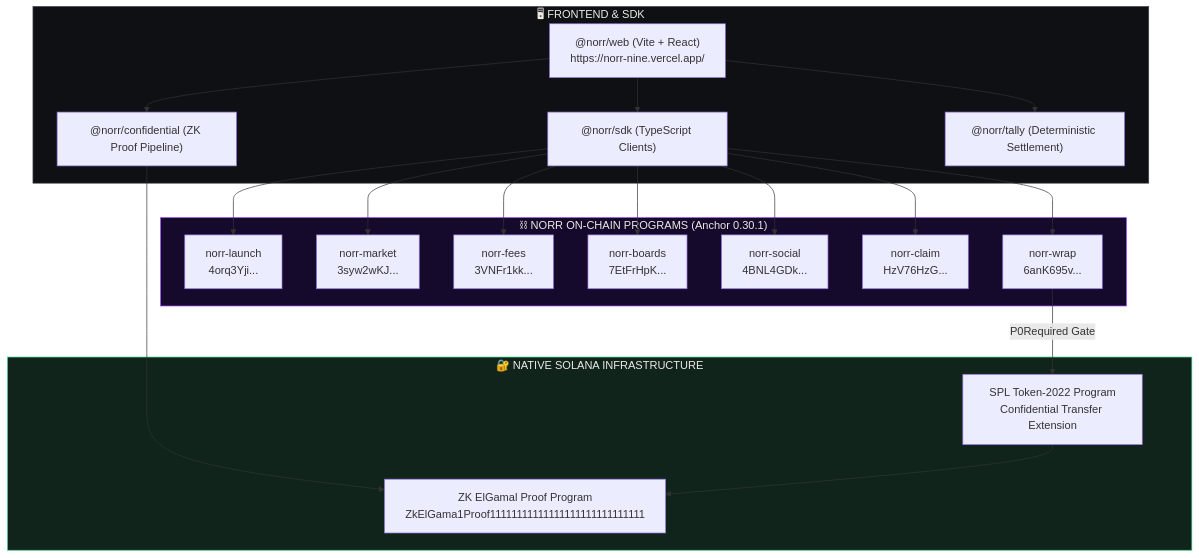
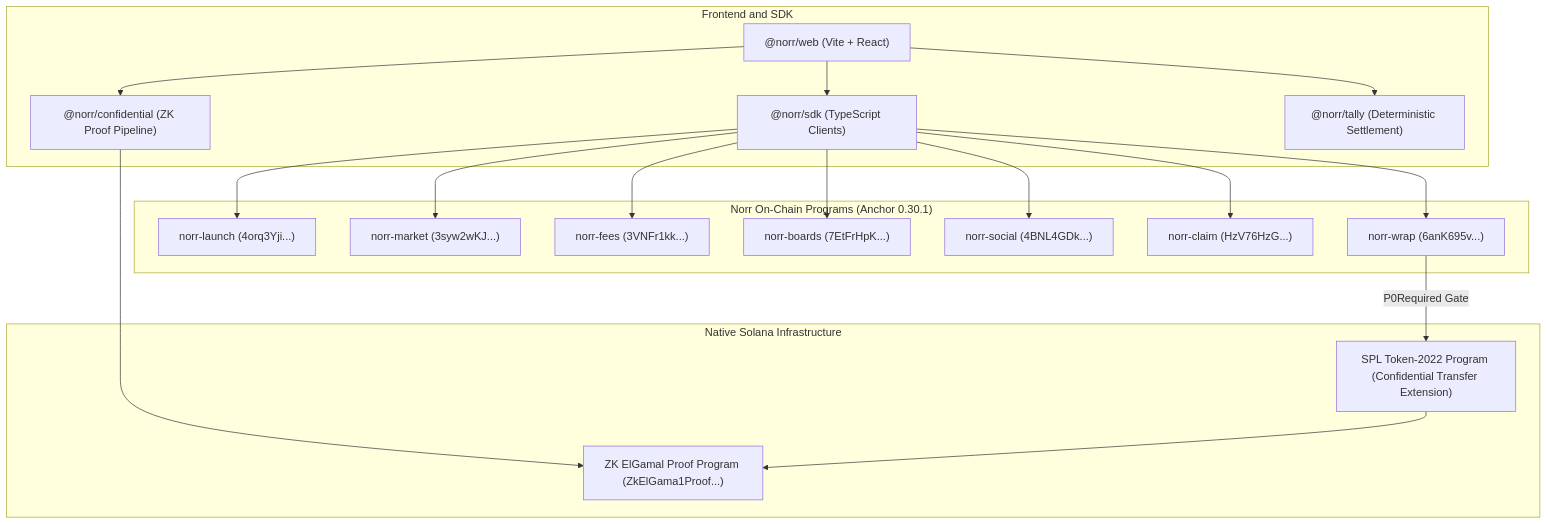
Before and after one commit to ShrikarT/norr: the second of 2 diagrams in README.md, drawn with Mermaid. The commit also changed other lines of this file and 1 other file, not shown here.

Commit message:
fix(docs): fix Mermaid diagram syntax in README and architecture docs for GitHub rendering

````diff
--- a/README.md
+++ b/README.md
@@ -71,34 +65,40 @@
 ```mermaid
 flowchart TB
-    subgraph CLIENT["🖥 FRONTEND & SDK"]
-        WEB["@norr/web (Vite + React)<br/>https://norr-nine.vercel.app/"]
+    subgraph CLIENT["Frontend and SDK"]
+        WEB["@norr/web (Vite + React)"]
         SDK["@norr/sdk (TypeScript Clients)"]
         CONF["@norr/confidential (ZK Proof Pipeline)"]
         TALLY["@norr/tally (Deterministic Settlement)"]
     end
 
-    subgraph ONCHAIN["⛓ NORR ON-CHAIN PROGRAMS (Anchor 0.30.1)"]
-        LAUNCH["norr-launch<br/>4orq3Yji..."]
-        MARKET["norr-market<br/>3syw2wKJ..."]
-        FEES["norr-fees<br/>3VNFr1kk..."]
-        BOARDS["norr-boards<br/>7EtFrHpK..."]
-        SOCIAL["norr-social<br/>4BNL4GDk..."]
-        CLAIM["norr-claim<br/>HzV76HzG..."]
-        WRAP["norr-wrap<br/>6anK695v..."]
+    subgraph ONCHAIN["Norr On-Chain Programs (Anchor 0.30.1)"]
+        LAUNCH["norr-launch (4orq3Yji...)"]
+        MARKET["norr-market (3syw2wKJ...)"]
+        FEES["norr-fees (3VNFr1kk...)"]
+        BOARDS["norr-boards (7EtFrHpK...)"]
+        SOCIAL["norr-social (4BNL4GDk...)"]
+        CLAIM["norr-claim (HzV76HzG...)"]
+        WRAP["norr-wrap (6anK695v...)"]
     end
 
-    subgraph SOLANA["🔐 NATIVE SOLANA INFRASTRUCTURE"]
-        T22["SPL Token-2022 Program<br/>Confidential Transfer Extension"]
-        ZK["ZK ElGamal Proof Program<br/>ZkElGama1Proof11111111111111111111111111111"]
+    subgraph SOLANA["Native Solana Infrastructure"]
+        T22["SPL Token-2022 Program (Confidential Transfer Extension)"]
+        ZK["ZK ElGamal Proof Program (ZkElGama1Proof...)"]
     end
 
-    WEB --> SDK & CONF & TALLY
-    SDK --> LAUNCH & MARKET & FEES & BOARDS & SOCIAL & CLAIM & WRAP
+    WEB --> SDK
+    WEB --> CONF
+    WEB --> TALLY
+
+    SDK --> LAUNCH
+    SDK --> MARKET
+    SDK --> FEES
+    SDK --> BOARDS
+    SDK --> SOCIAL
+    SDK --> CLAIM
+    SDK --> WRAP
+
     CONF --> ZK
     WRAP -->|"P0Required Gate"| T22
     T22 --> ZK
-
-    style CLIENT fill:#0e1013,stroke:#3a4048,color:#ece9e3
-    style ONCHAIN fill:#150a2b,stroke:#9945ff,color:#ece9e3
-    style SOLANA fill:#10241b,stroke:#3fcf8a,color:#ece9e3
 ```
````
